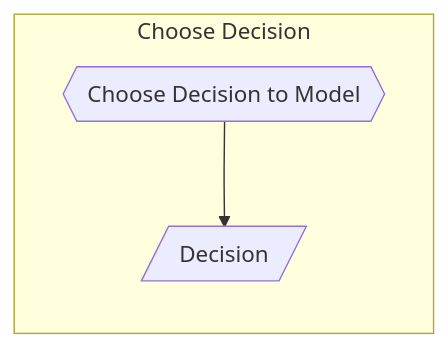
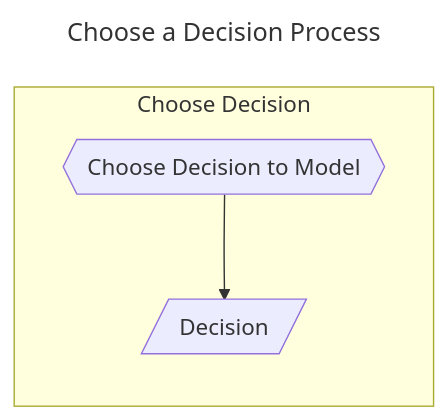
One commit to CERTCC/SSVC changed the second of 7 diagrams in docs/howto/bootstrap/prepare.md. Above: the diagram before and after it, drawn with Mermaid. The commit also changed other lines of this file, not shown here.

````diff
--- a/docs/howto/bootstrap/prepare.md
+++ b/docs/howto/bootstrap/prepare.md
@@ -50,8 +56,11 @@
 ```mermaid
+---
+title: Choose a Decision Process
+---
 flowchart LR
     subgraph dd[Choose Decision]
         dcd{{Choose Decision to Model}}
         d[/Decision/]
     end
     dcd --> d
 ```
````
